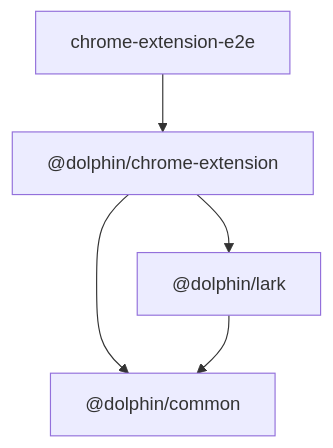
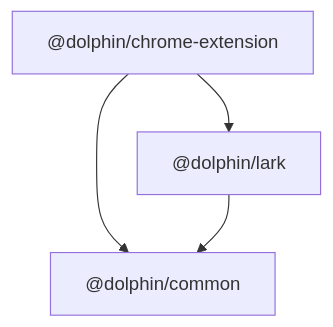
One commit to zhangpengfei-xyz/cloud-document-converter changed the second of 3 diagrams in docs/architecture-design.md. Above: the diagram before and after it, drawn with Mermaid. The commit also changed other lines of this file and 49 other files, not shown here.

````diff
--- a/docs/architecture-design.md
+++ b/docs/architecture-design.md
@@ -76,7 +74,6 @@
 ```mermaid
 flowchart TD
   Extension["@dolphin/chrome-extension"] --> Lark["@dolphin/lark"]
   Extension --> Common["@dolphin/common"]
   Lark --> Common
-  E2E["chrome-extension-e2e"] --> Extension
 ```
````
